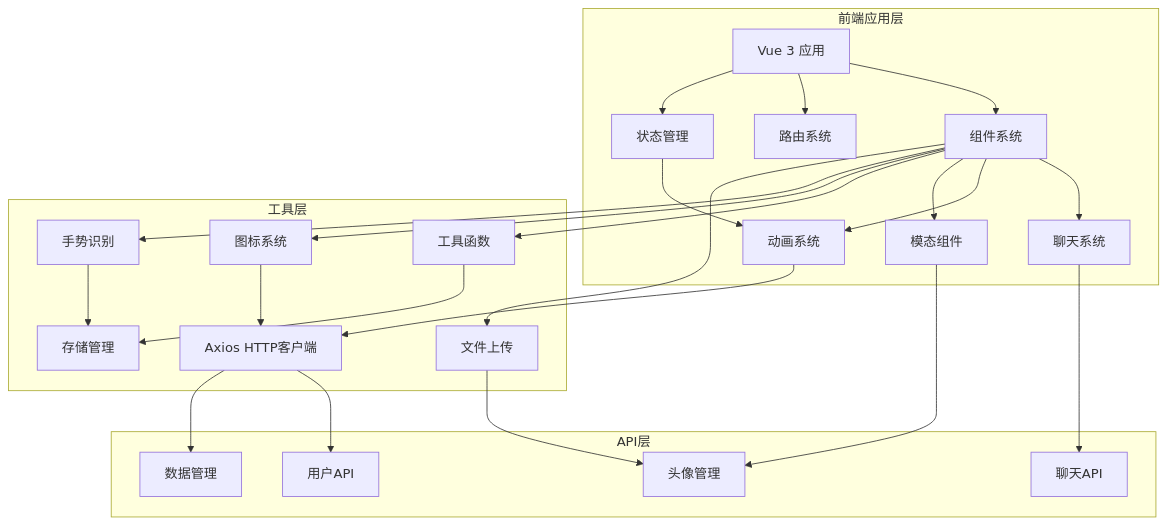
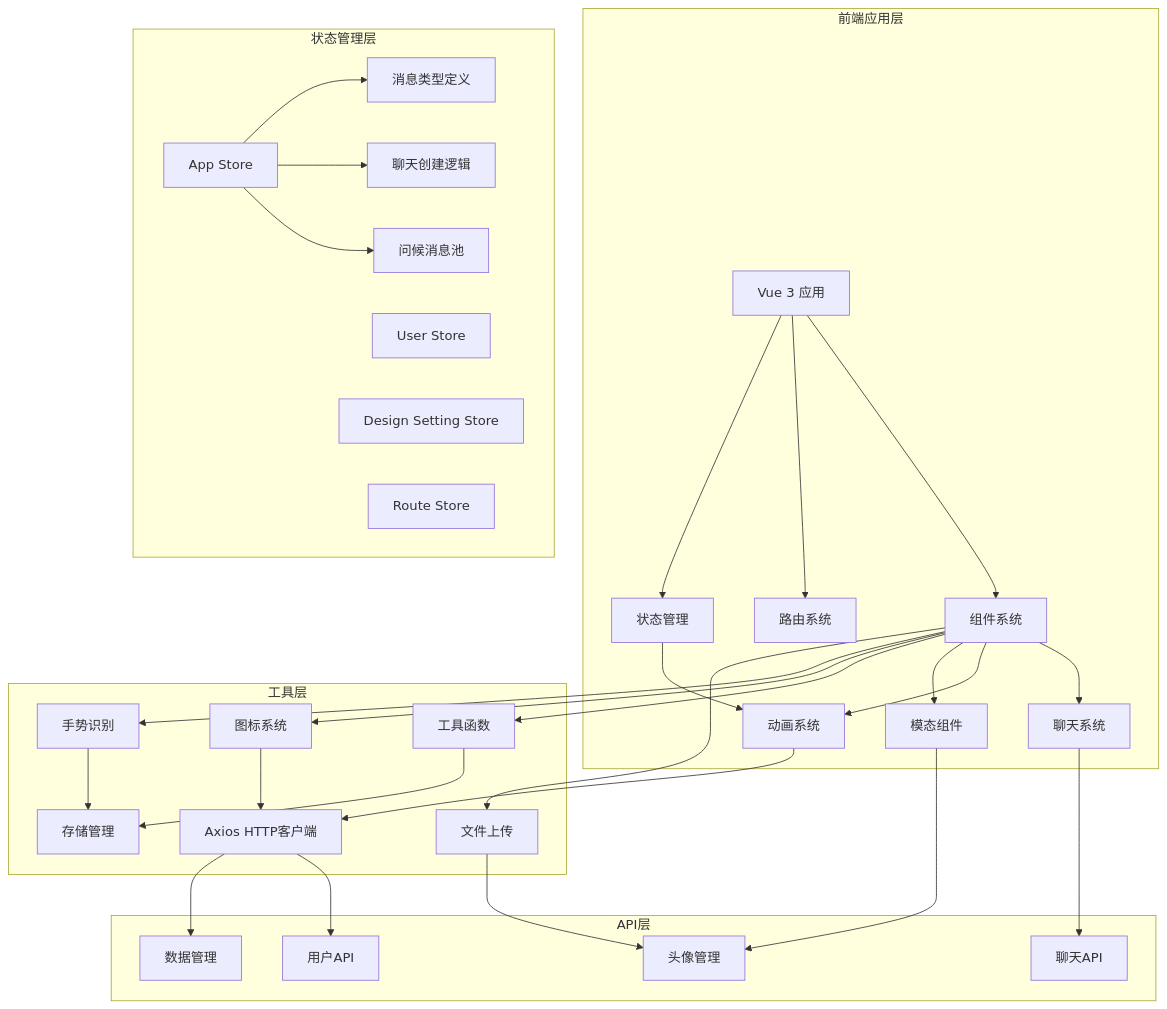
Before and after one commit to giserman001/vue3-vant4-mobile: the first of 22 diagrams in .qoder/repowiki/zh/content/核心系统/聊天系统.md, drawn with Mermaid. The commit also changed other lines of this file and 13 other files, not shown here.

````diff
--- a/.qoder/repowiki/zh/content/核心系统/聊天系统.md
+++ b/.qoder/repowiki/zh/content/核心系统/聊天系统.md
@@ -57,46 +71,58 @@
 ```mermaid
 graph TB
 subgraph "前端应用层"
 A[Vue 3 应用]
 B[组件系统]
 C[路由系统]
 D[状态管理]
 E[聊天系统]
 F[动画系统]
 G[模态组件]
 end
 subgraph "工具层"
 H[Axios HTTP客户端]
 I[存储管理]
 J[工具函数]
 K[图标系统]
 L[手势识别]
 M[文件上传]
 end
 subgraph "API层"
 N[用户API]
 O[聊天API]
 P[数据管理]
 Q[头像管理]
 end
+subgraph "状态管理层"
+R[App Store]
+S[User Store]
+T[Design Setting Store]
+U[Route Store]
+V[消息类型定义]
+W[聊天创建逻辑]
+X[问候消息池]
+end
 A --> B
 A --> C
 A --> D
 B --> E
 B --> F
 B --> G
 B --> J
 B --> K
 B --> L
 B --> M
 D --> F
 E --> O
 G --> Q
 F --> H
 H --> N
 H --> P
 J --> I
 K --> H
 L --> I
 M --> Q
+R --> V
+R --> W
+R --> X
 ```
````
